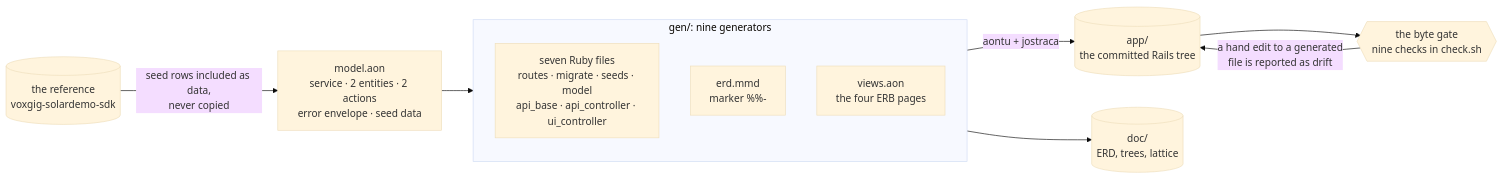
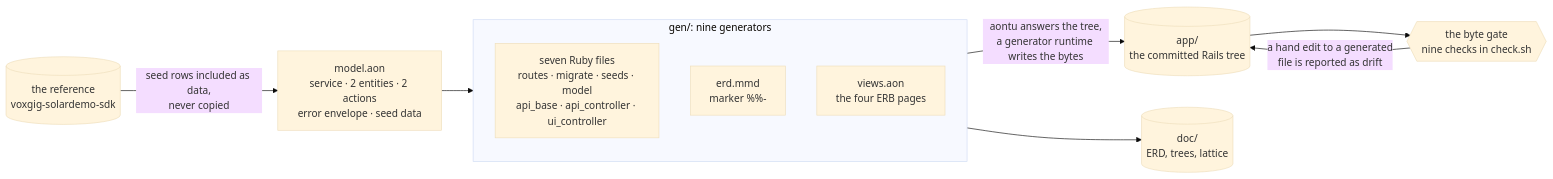
One commit to aontu-lang/aontu changed the diagram in test/system/rb-solar/README.md. Above: the diagram before and after it, drawn with Mermaid (base theme). The commit also changed 20 other files, not shown here.

````diff
--- a/test/system/rb-solar/README.md
+++ b/test/system/rb-solar/README.md
@@ -295,22 +295,22 @@
 ```mermaid
 flowchart LR
   ref[("the reference<br/>voxgig-solardemo-sdk")]
   model["model.aon<br/>service · 2 entities · 2 actions<br/>error envelope · seed data"]
   ref -->|"seed rows included as data,<br/>never copied"| model
 
   subgraph gen["gen/: nine generators"]
     rb["seven Ruby files<br/>routes · migrate · seeds · model<br/>api_base · api_controller · ui_controller"]
     mmd["erd.mmd<br/>marker %%-"]
     views["views.aon<br/>the four ERB pages"]
   end
   model --> gen
 
   app[("app/<br/>the committed Rails tree")]
   doc[("doc/<br/>ERD, trees, lattice")]
-  gen -->|"aontu + jostraca"| app
+  gen -->|"aontu answers the tree,<br/>a generator runtime writes the bytes"| app
   gen --> doc
 
   check{{"the byte gate<br/>nine checks in check.sh"}}
   app --> check
   check -->|"a hand edit to a generated<br/>file is reported as drift"| app
 ```
````
